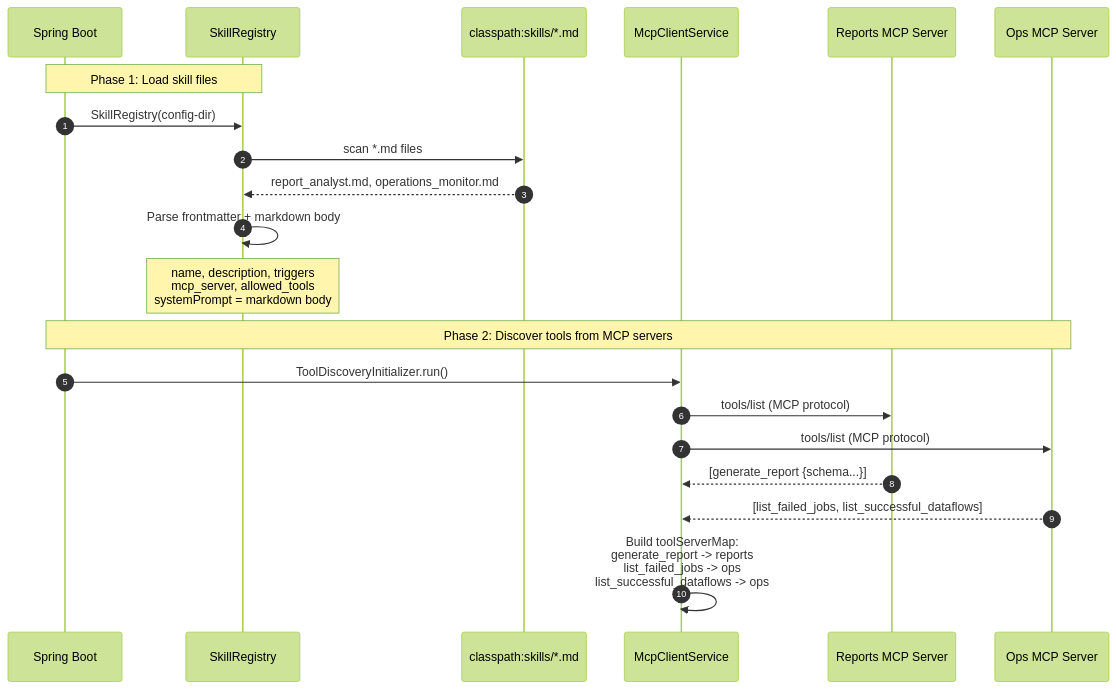
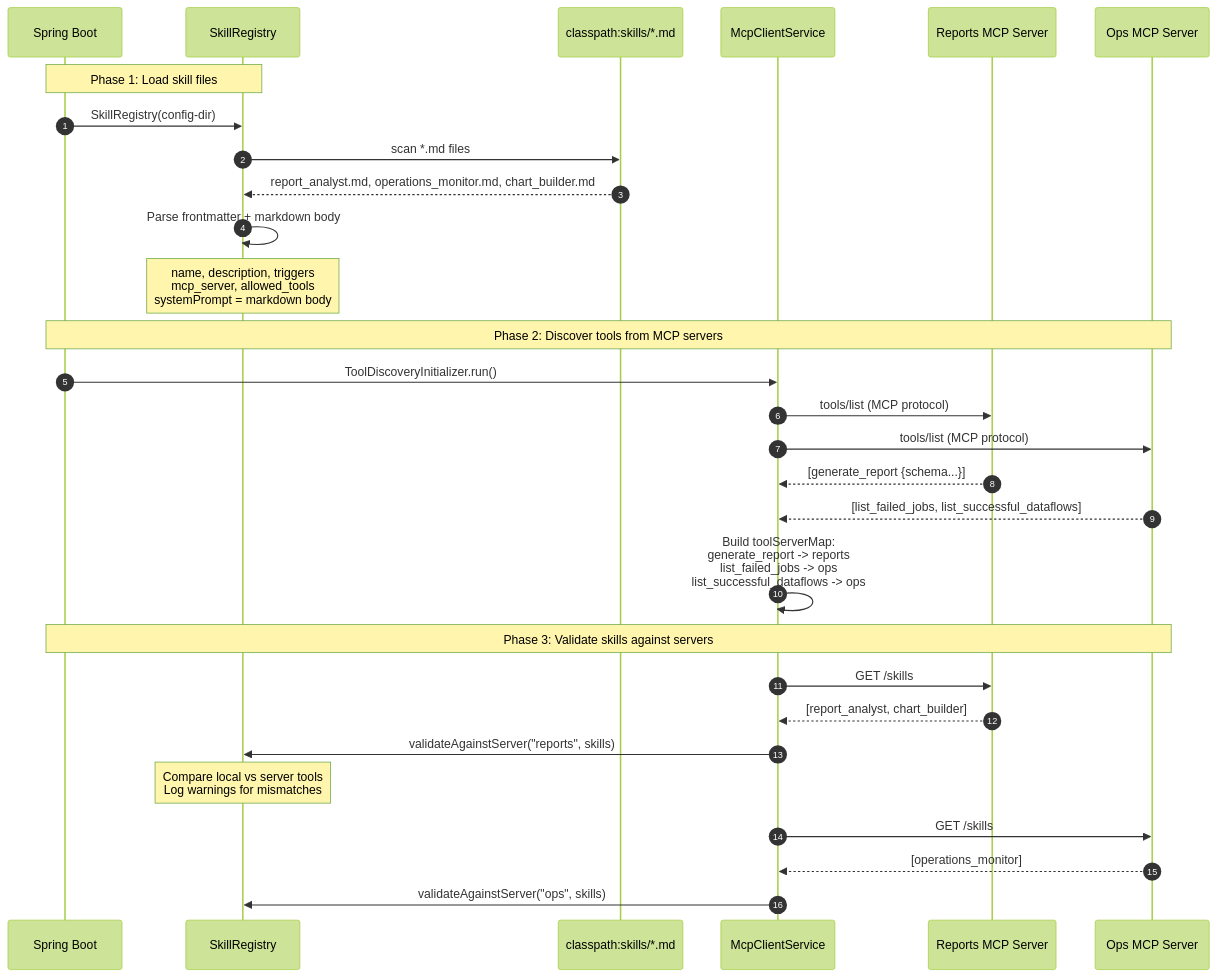
One commit to rajashashankmuppirala/mcp-poc changed the tenth of 12 diagrams in docs/ARCHITECTURE_V2.md. Above: the diagram before and after it, drawn with Mermaid (forest theme). The commit also changed other lines of this file and 13 other files, not shown here.

````diff
--- a/docs/ARCHITECTURE_V2.md
+++ b/docs/ARCHITECTURE_V2.md
@@ -425,25 +470,35 @@
 ```mermaid
 sequenceDiagram
     autonumber
     participant Spring as Spring Boot
     participant SR as SkillRegistry
     participant FS as classpath:skills/*.md
     participant MC as McpClientService
     participant RMCP as Reports MCP Server
     participant OMCP as Ops MCP Server
 
     Note over Spring,SR: Phase 1: Load skill files
     Spring->>SR: SkillRegistry(config-dir)
     SR->>FS: scan *.md files
-    FS-->>SR: report_analyst.md, operations_monitor.md
+    FS-->>SR: report_analyst.md, operations_monitor.md, chart_builder.md
     SR->>SR: Parse frontmatter + markdown body
     Note over SR: name, description, triggers<br/>mcp_server, allowed_tools<br/>systemPrompt = markdown body
 
     Note over Spring,OMCP: Phase 2: Discover tools from MCP servers
     Spring->>MC: ToolDiscoveryInitializer.run()
     MC->>RMCP: tools/list (MCP protocol)
     MC->>OMCP: tools/list (MCP protocol)
     RMCP-->>MC: [generate_report {schema...}]
     OMCP-->>MC: [list_failed_jobs, list_successful_dataflows]
     MC->>MC: Build toolServerMap:<br/>generate_report -> reports<br/>list_failed_jobs -> ops<br/>list_successful_dataflows -> ops
+
+    Note over Spring,OMCP: Phase 3: Validate skills against servers
+    MC->>RMCP: GET /skills
+    RMCP-->>MC: [report_analyst, chart_builder]
+    MC->>SR: validateAgainstServer("reports", skills)
+    Note over SR: Compare local vs server tools<br/>Log warnings for mismatches
+
+    MC->>OMCP: GET /skills
+    OMCP-->>MC: [operations_monitor]
+    MC->>SR: validateAgainstServer("ops", skills)
 ```
````
